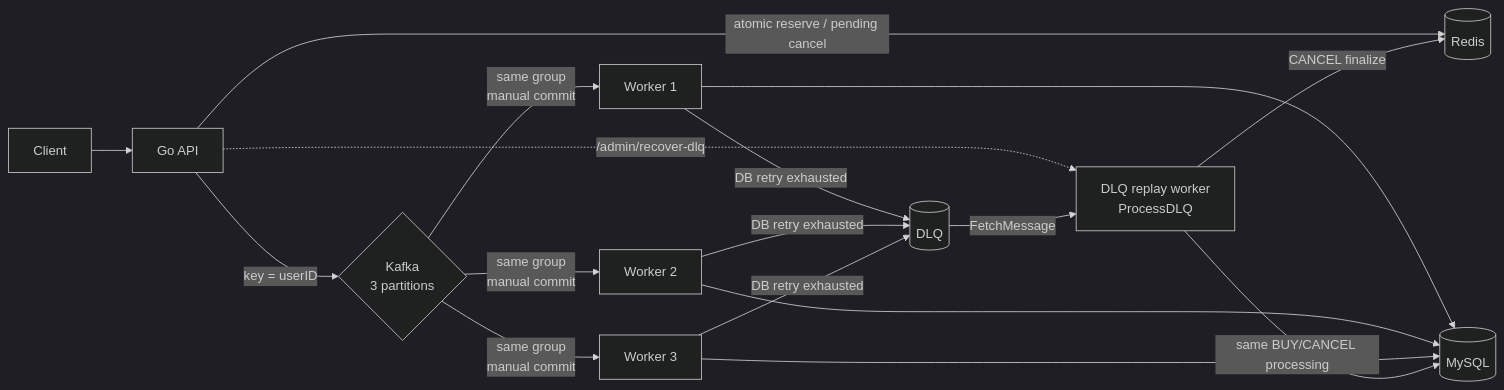
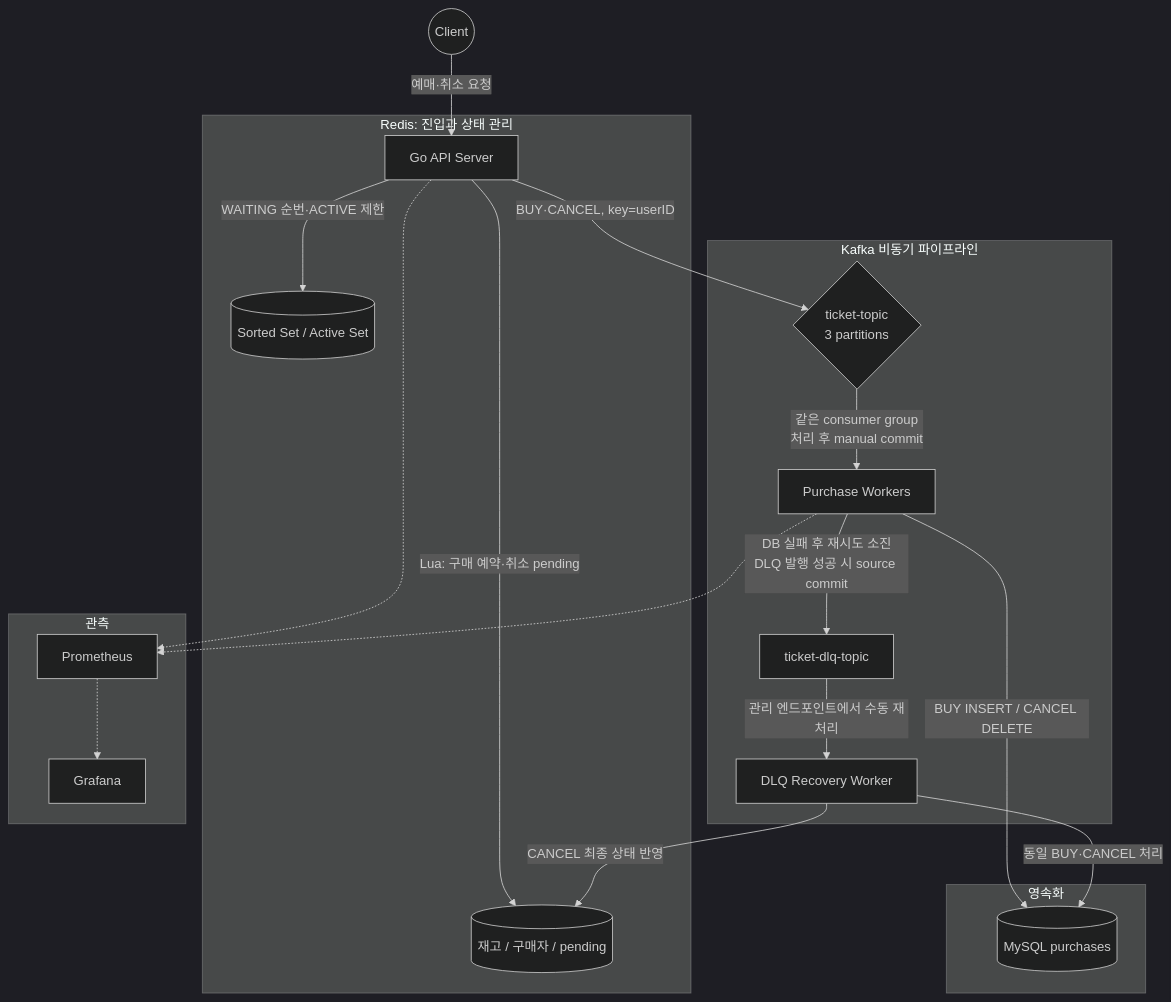
The diagram in README.md (whxodus0121/ticket-system), drawn with Mermaid (dark theme) before and after one commit. The commit also changed other lines of this file and 6 other files, not shown here.

````diff
--- a/README.md
+++ b/README.md
@@ -58,15 +7,28 @@
 ```mermaid
-flowchart LR
-    Client --> API[Go API]
-    API -->|atomic reserve / pending cancel| Redis[(Redis)]
-    API -->|key = userID| Kafka{Kafka<br/>3 partitions}
-    Kafka -->|same group<br/>manual commit| W1[Worker 1]
-    Kafka -->|same group<br/>manual commit| W2[Worker 2]
-    Kafka -->|same group<br/>manual commit| W3[Worker 3]
-    W1 & W2 & W3 --> MySQL[(MySQL)]
-    W1 & W2 & W3 -->|DB retry exhausted| DLQ[(DLQ)]
-    API -.->|/admin/recover-dlq| Replay[DLQ replay worker<br/>ProcessDLQ]
-    DLQ -->|FetchMessage| Replay
-    Replay -->|same BUY/CANCEL processing| MySQL
-    Replay -->|CANCEL finalize| Redis
+graph TD
+    User((Client)) -->|예매·취소 요청| API[Go API Server]
+
+    subgraph Redis_Layer [Redis: 진입과 상태 관리]
+        API -->|WAITING 순번·ACTIVE 제한| WaitingQueue[(Sorted Set / Active Set)]
+        API -->|Lua: 구매 예약·취소 pending| Redis[(재고 / 구매자 / pending)]
+    end
+
+    subgraph Message_Broker [Kafka 비동기 파이프라인]
+        API -->|BUY·CANCEL, key=userID| Kafka{ticket-topic<br/>3 partitions}
+        Kafka -->|같은 consumer group<br/>처리 후 manual commit| Worker[Purchase Workers]
+        Worker -->|DB 실패 후 재시도 소진<br/>DLQ 발행 성공 시 source commit| DLQ[ticket-dlq-topic]
+        DLQ -->|관리 엔드포인트에서 수동 재처리| Recovery[DLQ Recovery Worker]
+    end
+
+    subgraph Database_Layer [영속화]
+        Worker -->|BUY INSERT / CANCEL DELETE| MySQL[(MySQL purchases)]
+        Recovery -->|동일 BUY·CANCEL 처리| MySQL
+        Recovery -->|CANCEL 최종 상태 반영| Redis
+    end
+
+    subgraph Monitoring_Layer [관측]
+        API -.-> Prometheus[Prometheus]
+        Worker -.-> Prometheus
+        Prometheus -.-> Grafana[Grafana]
+    end
 ```
````
